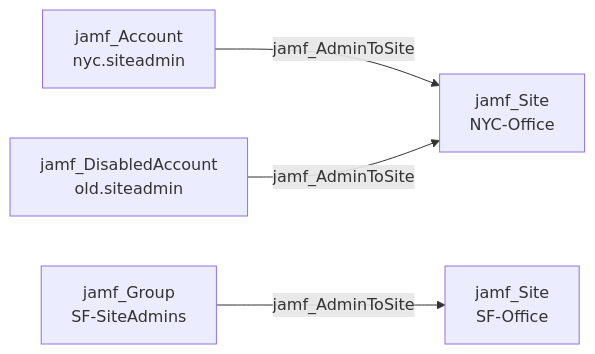
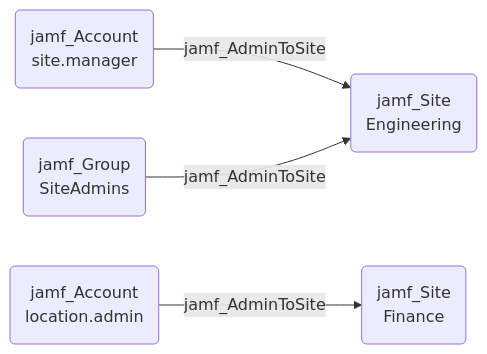
The diagram in docs/opengraph/extensions/jamfhound/reference/edges/jamf_admintosite.mdx (SpecterOps/bloodhound-docs), drawn with Mermaid before and after one commit. The commit also changed 33 other files, not shown here.

Commit message:
Updated documentation with revised mermaid diagrams

````diff
--- a/docs/opengraph/extensions/jamfhound/reference/edges/jamf_admintosite.mdx
+++ b/docs/opengraph/extensions/jamfhound/reference/edges/jamf_admintosite.mdx
@@ -18,6 +18,16 @@
 ```mermaid
 graph LR
-    A["jamf_Account\nnyc.siteadmin"] -->|jamf_AdminToSite| B["jamf_Site\nNYC-Office"]
-    C["jamf_Group\nSF-SiteAdmins"] -->|jamf_AdminToSite| D["jamf_Site\nSF-Office"]
-    E["jamf_DisabledAccount\nold.siteadmin"] -->|jamf_AdminToSite| B
+    A("jamf_Account
+site.manager")
+    B("jamf_Site
+Engineering")
+    C("jamf_Account
+location.admin")
+    D("jamf_Site
+Finance")
+    E("jamf_Group
+SiteAdmins")
+    A -- jamf_AdminToSite --> B
+    C -- jamf_AdminToSite --> D
+    E -- jamf_AdminToSite --> B
 ```
````
